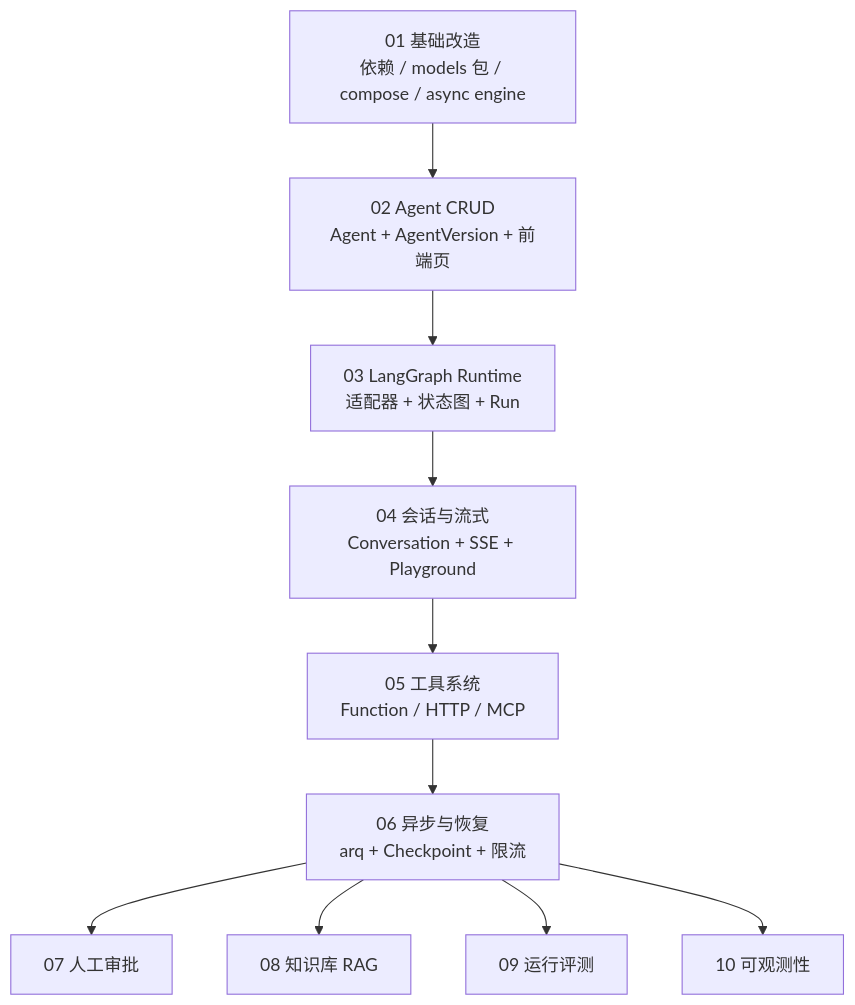
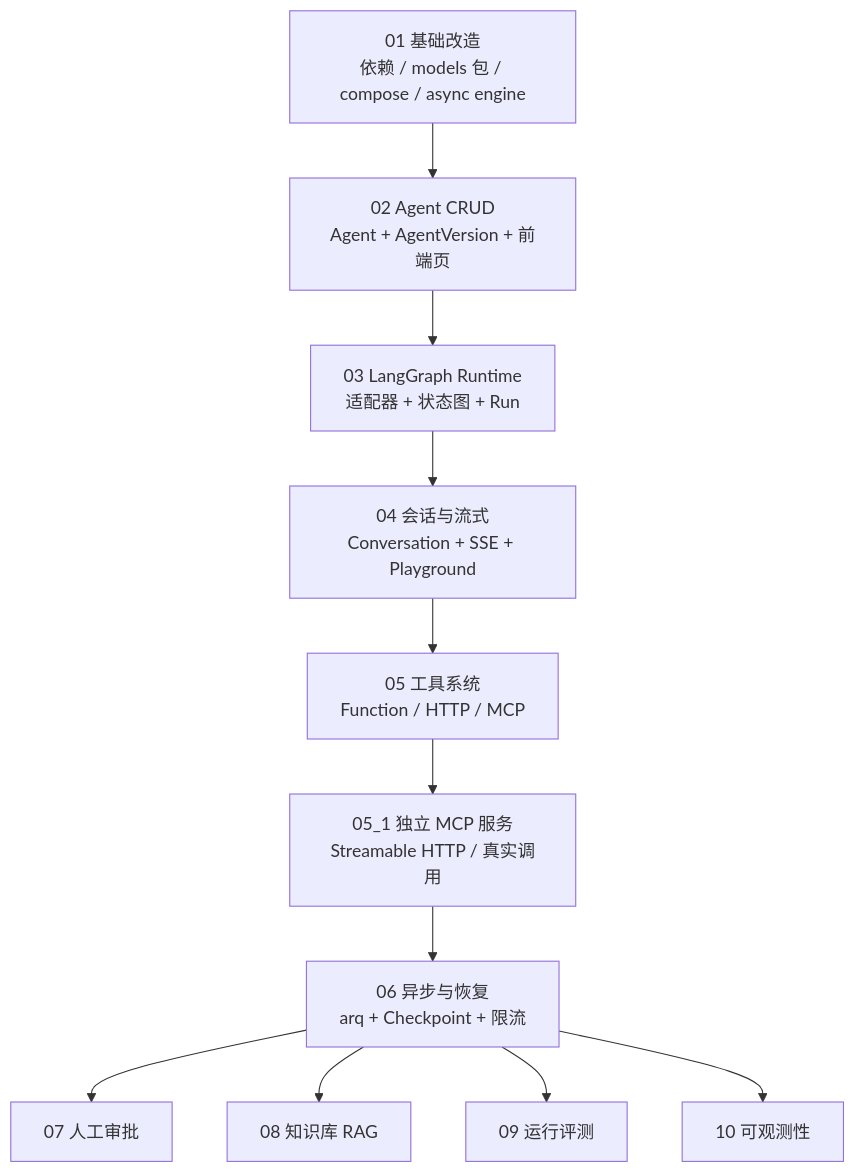
One commit to TempestBirds729804/AgentHub changed the fourth of 4 diagrams in docs/dev/00-overview.md. Above: the diagram before and after it, drawn with Mermaid. The commit also changed other lines of this file and 102 other files, not shown here.

````diff
--- a/docs/dev/00-overview.md
+++ b/docs/dev/00-overview.md
@@ -277,19 +277,20 @@
 ```mermaid
 flowchart TD
     P01["01 基础改造<br/>依赖 / models 包 / compose / async engine"]
     P02["02 Agent CRUD<br/>Agent + AgentVersion + 前端页"]
     P03["03 LangGraph Runtime<br/>适配器 + 状态图 + Run"]
     P04["04 会话与流式<br/>Conversation + SSE + Playground"]
     P05["05 工具系统<br/>Function / HTTP / MCP"]
+    P051["05_1 独立 MCP 服务<br/>Streamable HTTP / 真实调用"]
     P06["06 异步与恢复<br/>arq + Checkpoint + 限流"]
     P07["07 人工审批"]
     P08["08 知识库 RAG"]
     P09["09 运行评测"]
     P10["10 可观测性"]
 
-    P01 --> P02 --> P03 --> P04 --> P05 --> P06
+    P01 --> P02 --> P03 --> P04 --> P05 --> P051 --> P06
     P06 --> P07
     P06 --> P08
     P06 --> P09
     P06 --> P10
 ```
````
